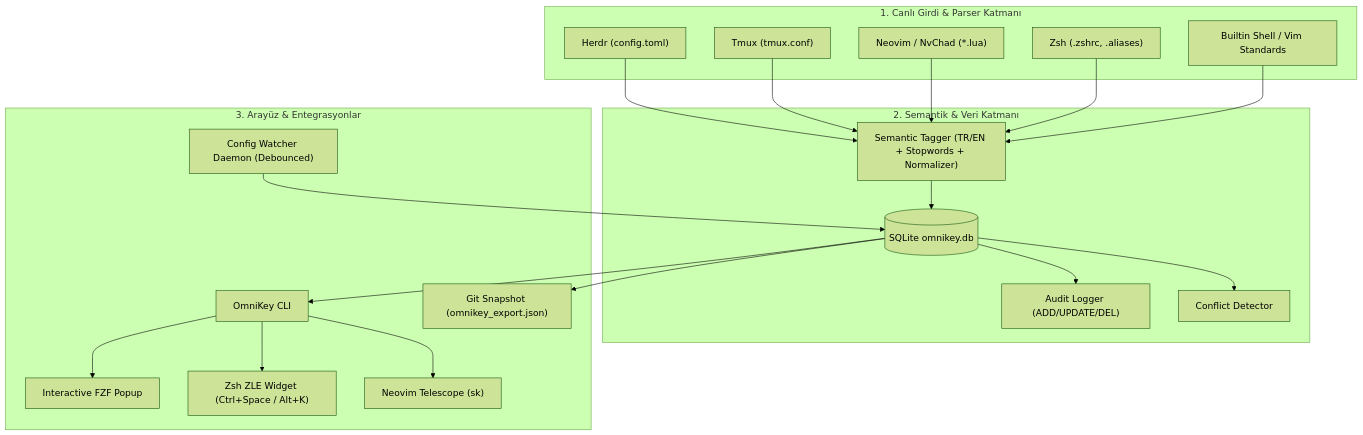
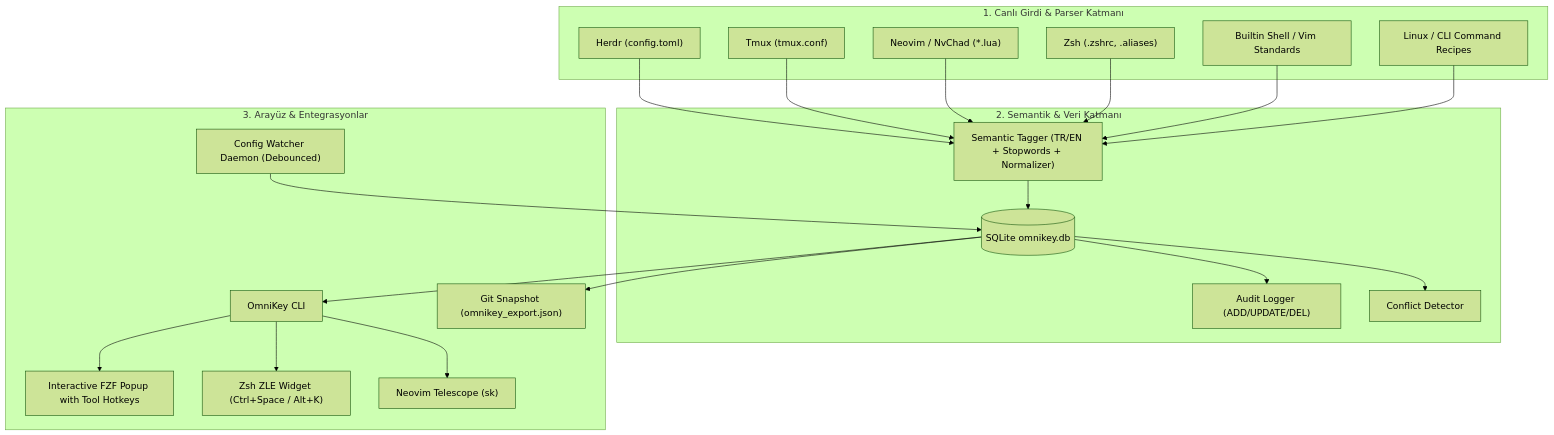
One commit to halisyilboga/sunumlar changed the diagram in omnikey/SYSTEM_REVIEW_SPEC.md. Above: the diagram before and after it, drawn with Mermaid (forest theme). The commit also changed other lines of this file and 16 other files, not shown here.

````diff
--- a/omnikey/SYSTEM_REVIEW_SPEC.md
+++ b/omnikey/SYSTEM_REVIEW_SPEC.md
@@ -25,41 +28,43 @@
 ```mermaid
 graph TD
     subgraph Inputs["1. Canlı Girdi & Parser Katmanı"]
         H["Herdr (config.toml)"]
         T["Tmux (tmux.conf)"]
         N["Neovim / NvChad (*.lua)"]
         Z["Zsh (.zshrc, .aliases)"]
         B["Builtin Shell / Vim Standards"]
+        L["Linux / CLI Command Recipes"]
     end
 
     subgraph Core["2. Semantik & Veri Katmanı"]
         TAG["Semantic Tagger (TR/EN + Stopwords + Normalizer)"]
         DB[(SQLite omnikey.db)]
         AUDIT["Audit Logger (ADD/UPDATE/DEL)"]
         CONF["Conflict Detector"]
     end
 
     subgraph UI["3. Arayüz & Entegrasyonlar"]
         CLI["OmniKey CLI"]
-        FZF["Interactive FZF Popup"]
+        FZF["Interactive FZF Popup with Tool Hotkeys"]
         ZLE["Zsh ZLE Widget (Ctrl+Space / Alt+K)"]
         TEL["Neovim Telescope (<leader>sk)"]
         WATCH["Config Watcher Daemon (Debounced)"]
         EXP["Git Snapshot (omnikey_export.json)"]
     end
 
     H --> TAG
     T --> TAG
     N --> TAG
     Z --> TAG
     B --> TAG
+    L --> TAG
     TAG --> DB
     DB --> AUDIT
     DB --> CONF
     DB --> CLI
     CLI --> FZF
     CLI --> ZLE
     CLI --> TEL
     WATCH --> DB
     DB --> EXP
 ```
````
